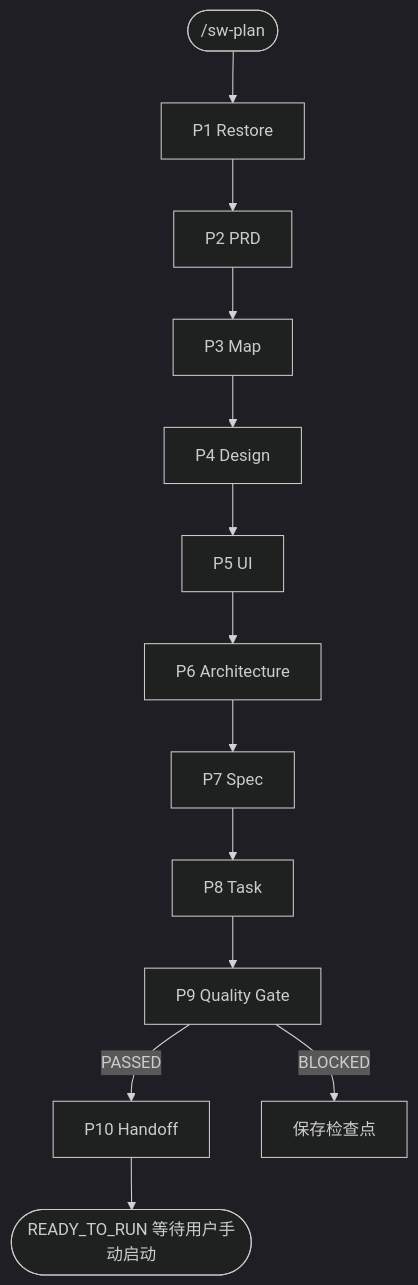
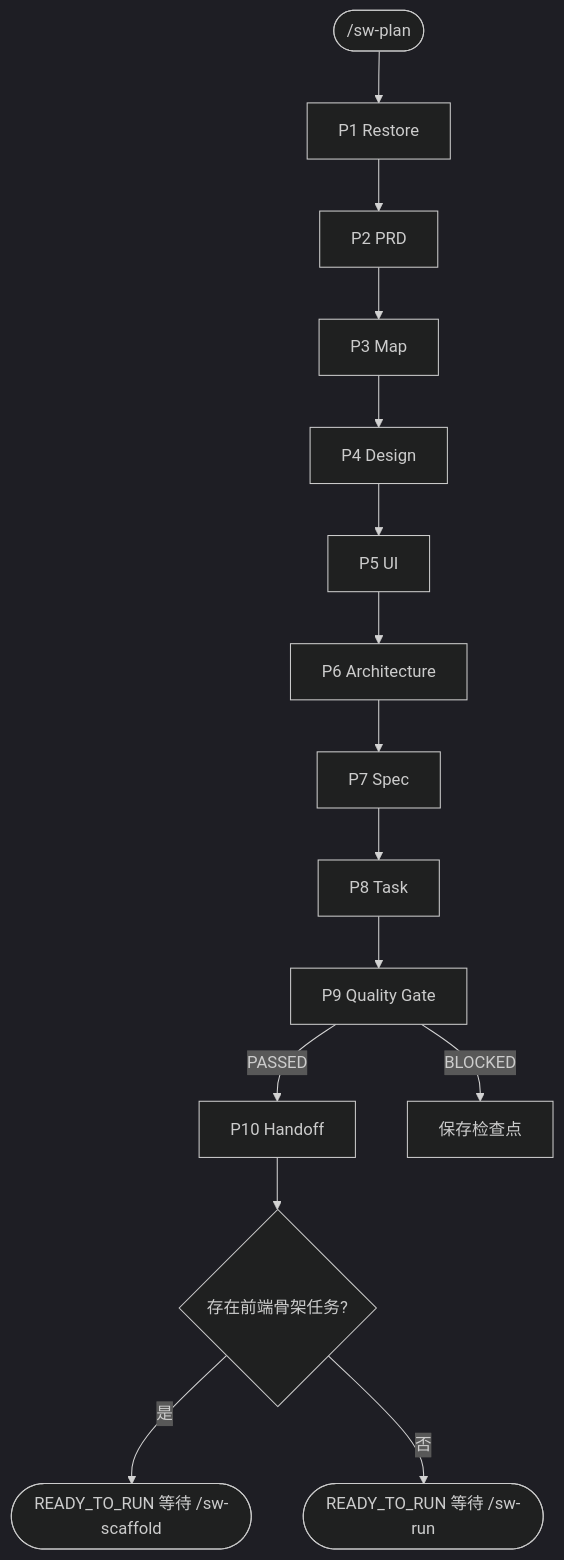
Before and after one commit to martinshao/sweetwave-claude-skills: the diagram in skills/sw-plan/SKILL.md, drawn with Mermaid (dark theme). The commit also changed other lines of this file and 45 other files, not shown here.

````diff
--- a/skills/sw-plan/SKILL.md
+++ b/skills/sw-plan/SKILL.md
@@ -88,15 +88,17 @@
 ```mermaid
 flowchart TD
   Start([/sw-plan]) --> P1[P1 Restore]
   P1 --> P2[P2 PRD]
   P2 --> P3[P3 Map]
   P3 --> P4[P4 Design]
   P4 --> P5[P5 UI]
   P5 --> P6[P6 Architecture]
   P6 --> P7[P7 Spec]
   P7 --> P8[P8 Task]
   P8 --> P9[P9 Quality Gate]
   P9 -->|PASSED| P10[P10 Handoff]
   P9 -->|BLOCKED| Pause[保存检查点]
-  P10 --> End([READY_TO_RUN 等待用户手动启动])
+  P10 --> Scaffold{存在前端骨架任务?}
+  Scaffold -->|是| WaitScaffold([READY_TO_RUN 等待 /sw-scaffold])
+  Scaffold -->|否| End([READY_TO_RUN 等待 /sw-run])
 ```
````
